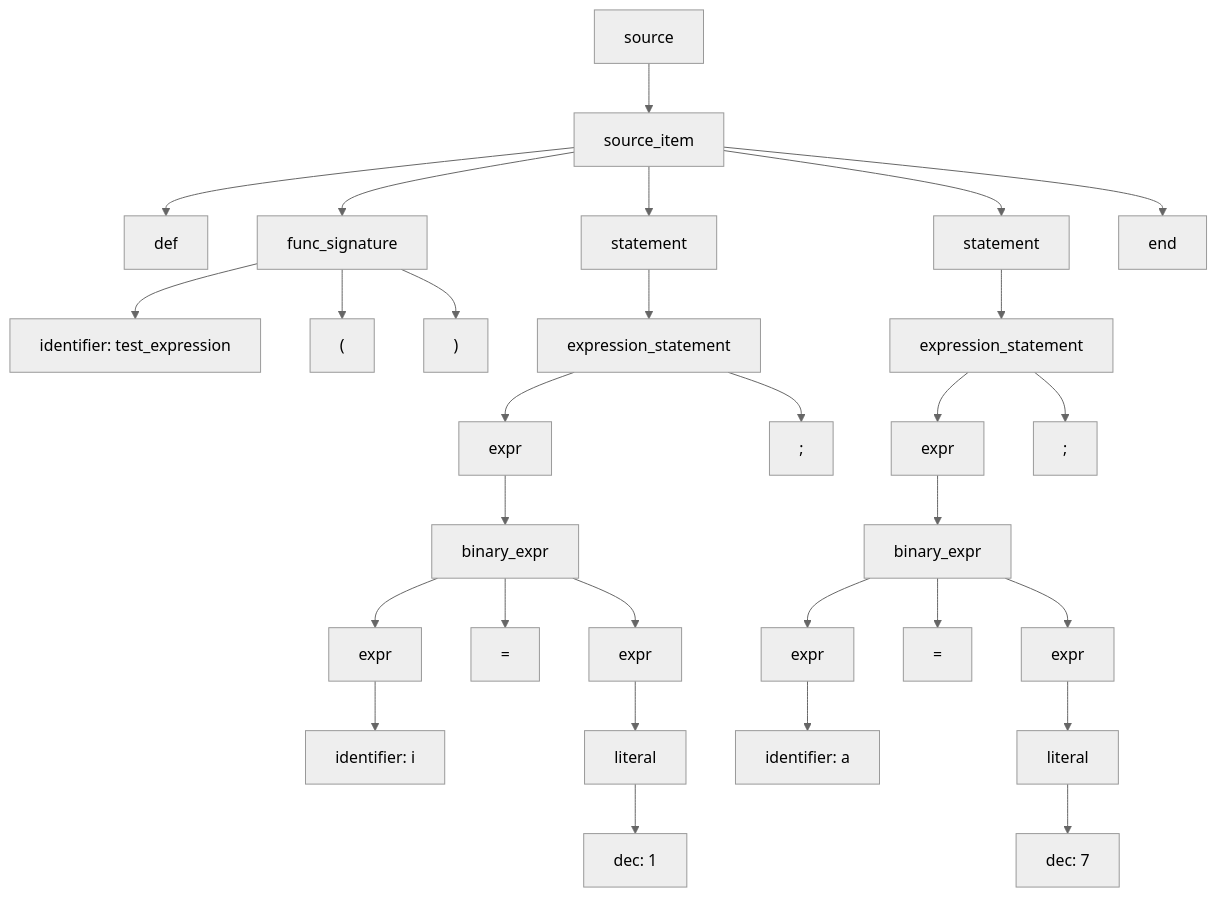
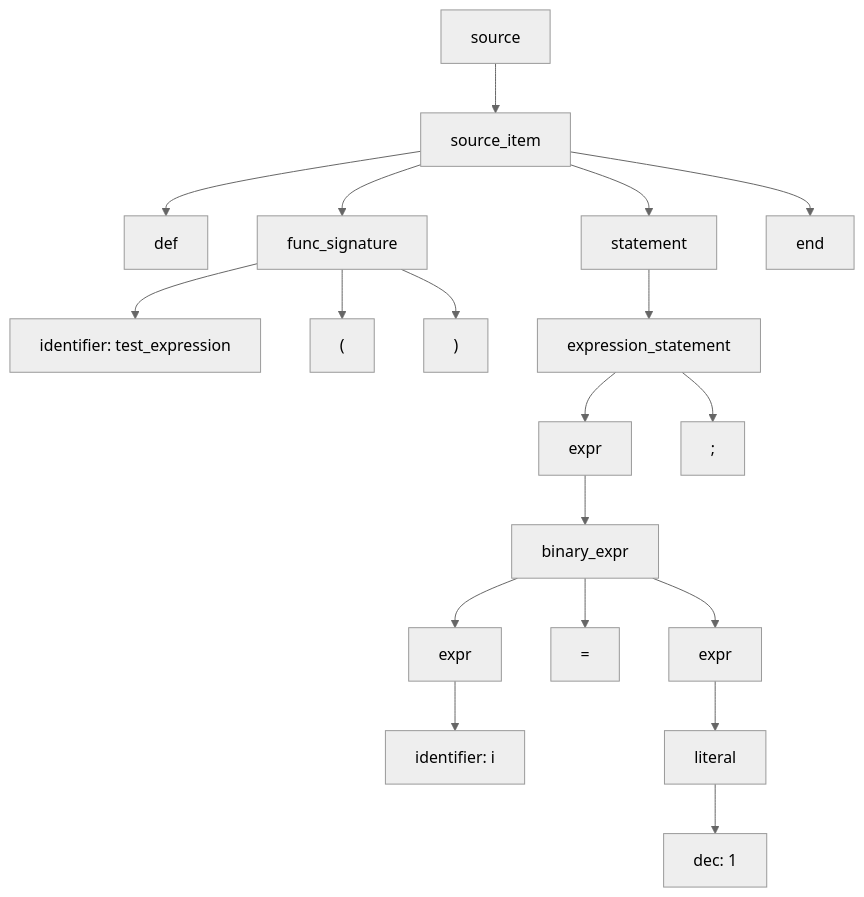
One commit to ErnandesDaniel/system-software-lab-2 changed the diagram in ast.mmd. Above: the diagram before and after it, drawn with Mermaid (neutral theme). The commit also changed 3 other files, not shown here.

```diff
--- a/ast.mmd
+++ b/ast.mmd
@@ -1,60 +1,38 @@
 graph TD;
 N0["source"]
 N1["source_item"]
 N0 --> N1
 N2["def"]
 N1 --> N2
 N3["func_signature"]
 N1 --> N3
 N4["identifier: test_expression"]
 N3 --> N4
 N5["("]
 N3 --> N5
 N6[")"]
 N3 --> N6
 N7["statement"]
 N1 --> N7
 N8["expression_statement"]
 N7 --> N8
 N9["expr"]
 N8 --> N9
 N10["binary_expr"]
 N9 --> N10
 N11["expr"]
 N10 --> N11
 N12["identifier: i"]
 N11 --> N12
 N13["="]
 N10 --> N13
 N14["expr"]
 N10 --> N14
 N15["literal"]
 N14 --> N15
 N16["dec: 1"]
 N15 --> N16
 N17[";"]
 N8 --> N17
-N18["statement"]
+N18["end"]
 N1 --> N18
-N19["expression_statement"]
-N18 --> N19
-N20["expr"]
-N19 --> N20
-N21["binary_expr"]
-N20 --> N21
-N22["expr"]
-N21 --> N22
-N23["identifier: a"]
-N22 --> N23
-N24["="]
-N21 --> N24
-N25["expr"]
-N21 --> N25
-N26["literal"]
-N25 --> N26
-N27["dec: 7"]
-N26 --> N27
-N28[";"]
-N19 --> N28
-N29["end"]
-N1 --> N29
```
